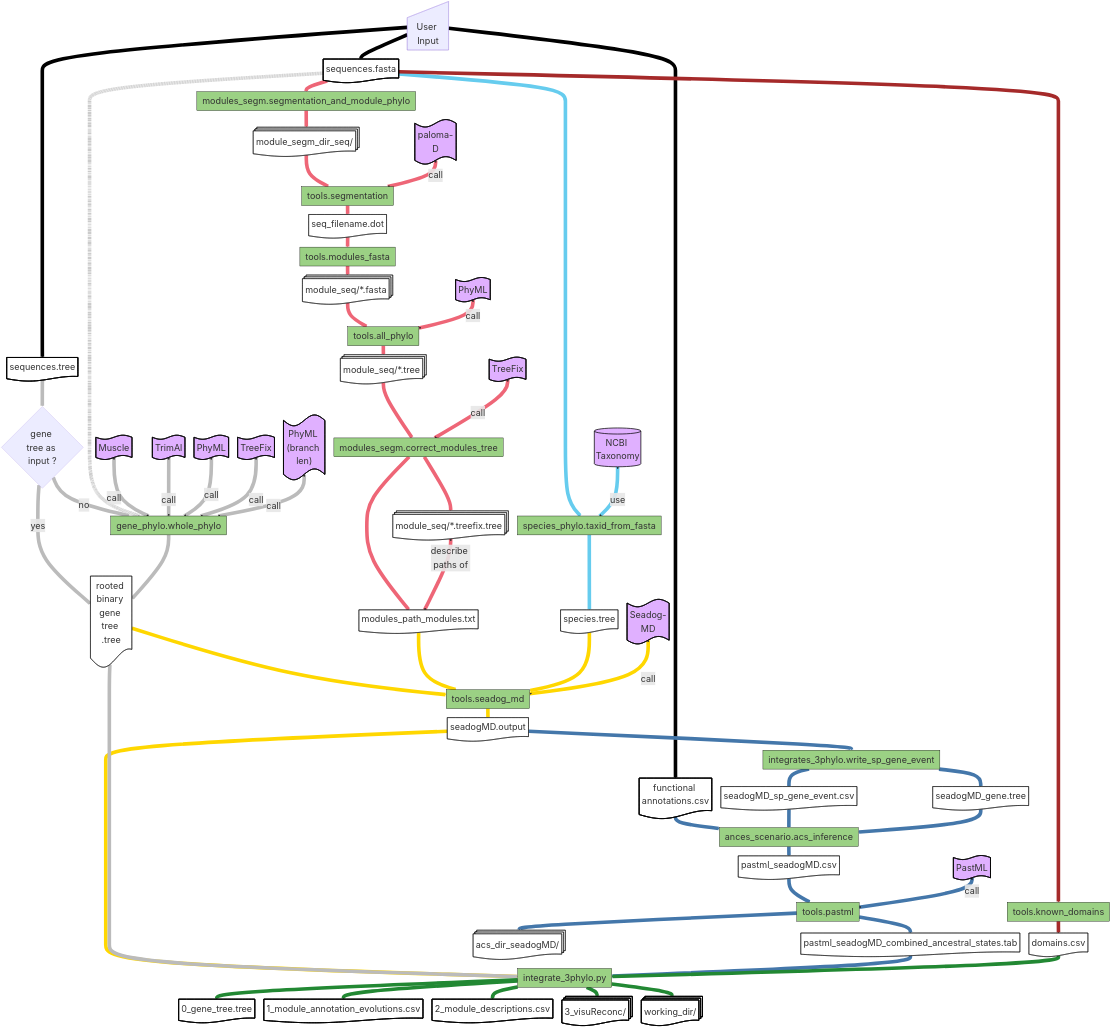
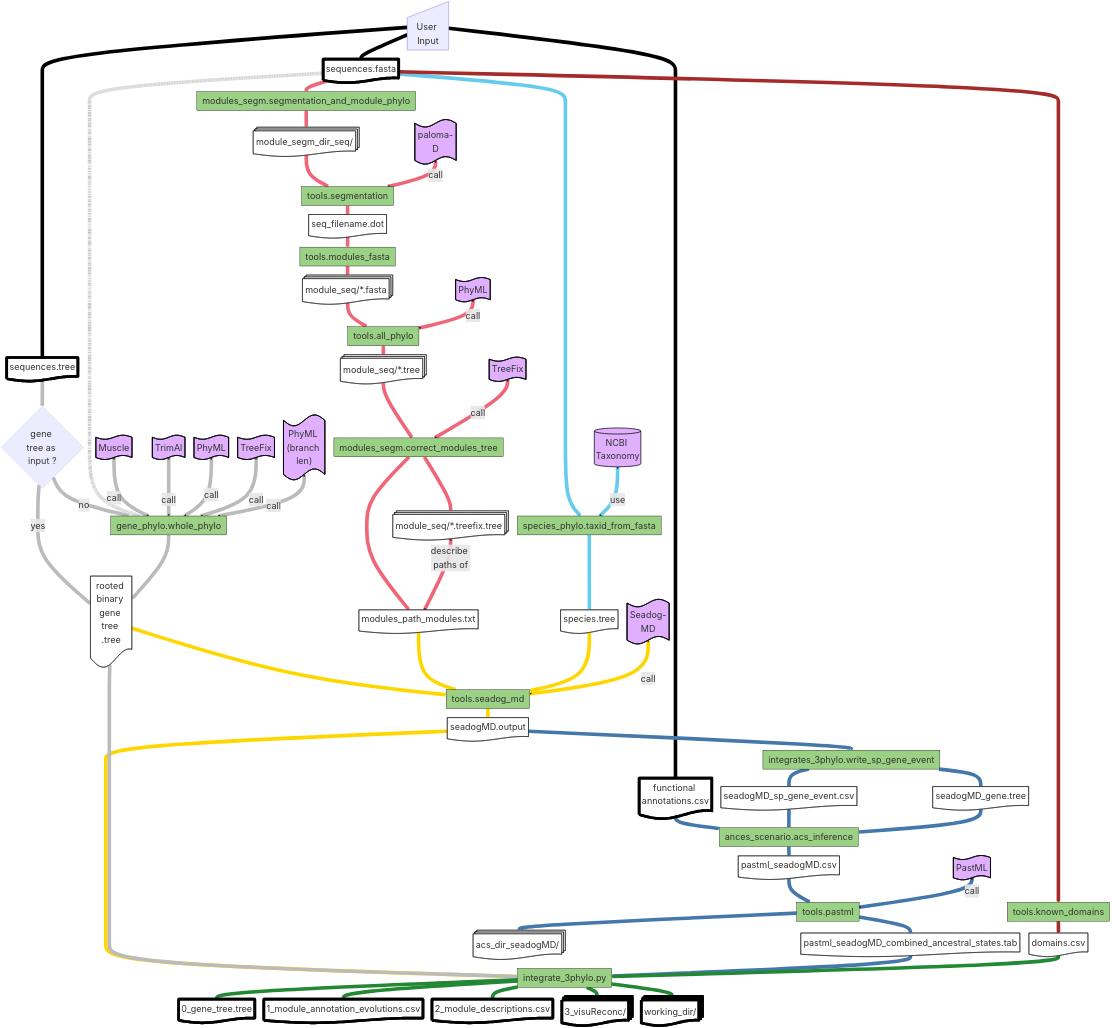
The diagram in README.md (OcMalde/fuse-phylotree), drawn with Mermaid before and after one commit.

Commit message:
readme mermaid test

```diff
--- a/README.md
+++ b/README.md
@@ -157,9 +157,9 @@
 class m5,m9,m11,g4,g5,g6,g7,g8,s2,r2,a4 tools
 
 classDef files fill:#fff,stroke:#000,stroke-width:2px;
-class m2,m4,m7,m12,m13,m14,g2,s3,r3,r5,r6,a2,a5,a6,i2,i3,i4,i5,i6,d2 files
+class m2,m4,m7,m12,m13,m14,g2,s3,r3,r5,r6,a2,a5,a6,d2 files
 
-classDef input fill:#fff,stroke:#000,stroke-width:5px;
+classDef input fill:#fff,stroke:#000,stroke-width:15px;
 class A,B,C,i2,i3,i4,i5,i6 input
 
 classDef scripts fill:#9BD184,stroke:#000,stroke-width:2px;
```
